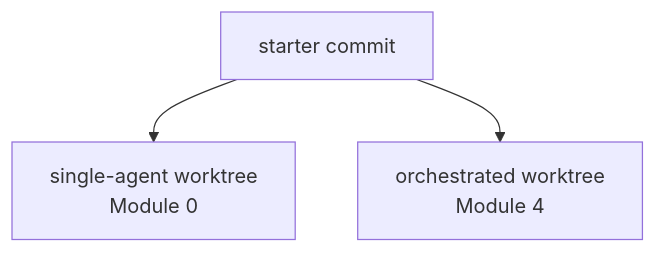
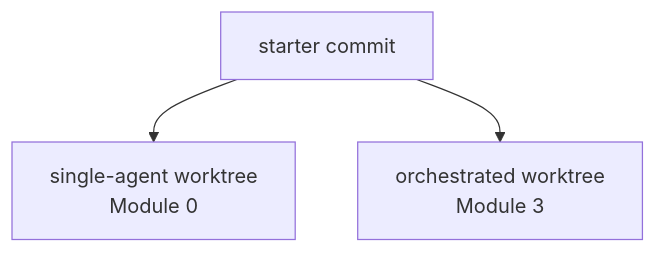
Before and after one commit to varoonsahgal/opencode-orchestration: the second of 2 diagrams in student/module-0-baseline.md, drawn with Mermaid. The commit also changed other lines of this file and 20 other files, not shown here.

````diff
--- a/student/module-0-baseline.md
+++ b/student/module-0-baseline.md
@@ -227,7 +227,7 @@
 ```mermaid
 flowchart TB
     S["starter commit"]
 
     S --> B["single-agent worktree<br/>Module 0"]
-    S --> O["orchestrated worktree<br/>Module 4"]
+    S --> O["orchestrated worktree<br/>Module 3"]
 ```
````
